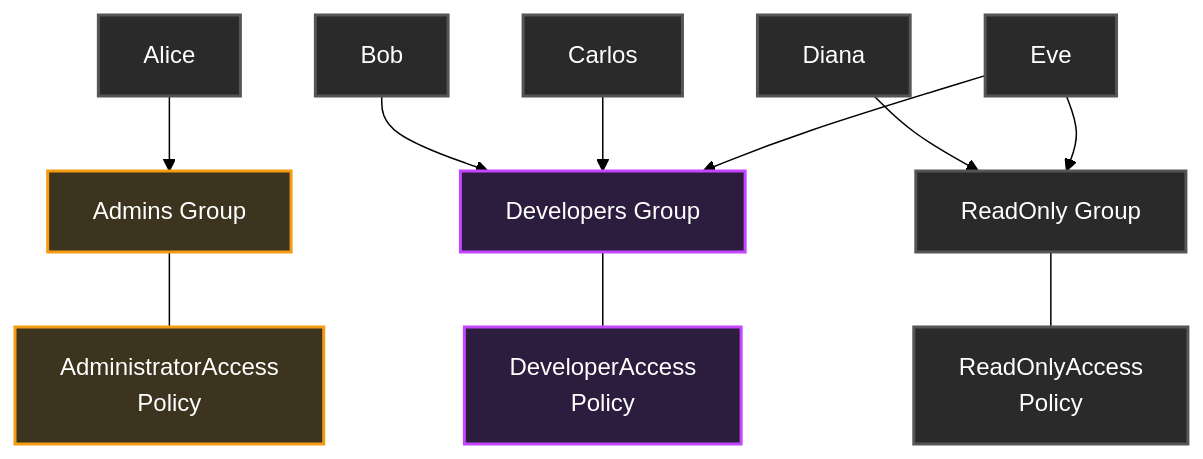
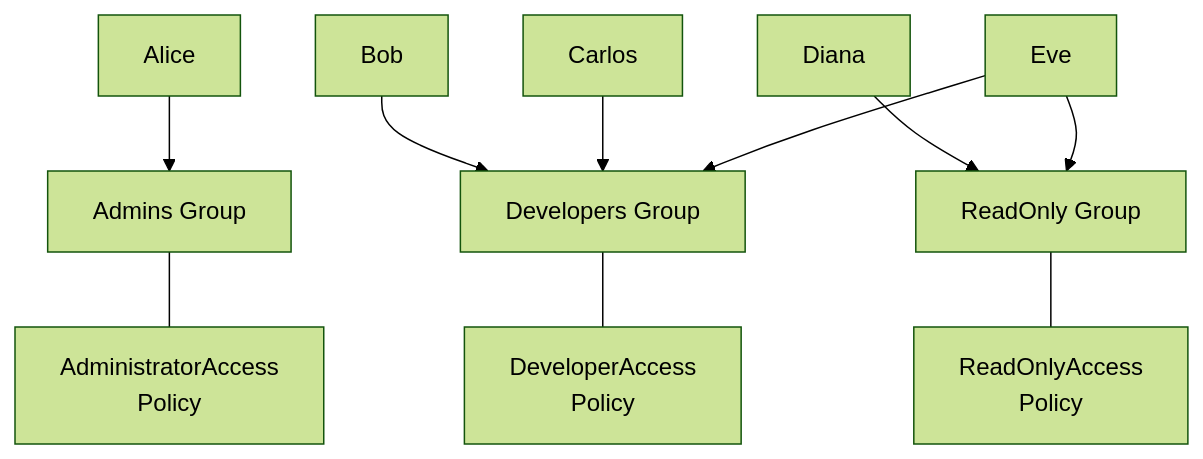
One commit to senlinyy/dev-roadmaps changed the first of 3 diagrams in cloud-providers/aws/identity-security/01-identity-security-mental-model.md. Above: the diagram before and after it, drawn with Mermaid (forest theme). The commit also changed other lines of this file and 152 other files, not shown here.

Commit message:
feat: mlops and diagrams updated

````diff
--- a/cloud-providers/aws/identity-security/01-identity-security-mental-model.md
+++ b/cloud-providers/aws/identity-security/01-identity-security-mental-model.md
@@ -74,25 +74,21 @@
 ```mermaid
 graph TB
     AdminG[Admins Group]:::security
     DevG[Developers Group]:::compute
     ReadG[ReadOnly Group]:::other
 
     AdminP[AdministratorAccess<br/>Policy]:::security
     DevP[DeveloperAccess<br/>Policy]:::compute
     ReadP[ReadOnlyAccess<br/>Policy]:::other
 
     AdminG --- AdminP
     DevG --- DevP
     ReadG --- ReadP
 
     U1[Alice]:::other --> AdminG
     U2[Bob]:::other --> DevG
     U3[Carlos]:::other --> DevG
     U4[Diana]:::other --> ReadG
     U5[Eve]:::other --> DevG
     U5 --> ReadG
-
-    classDef compute fill:#2c1d3e,stroke:#c446ff,stroke-width:2px,color:#fff
-    classDef security fill:#3c341f,stroke:#f39c12,stroke-width:2px,color:#fff
-    classDef other fill:#2a2a2a,stroke:#555,stroke-width:2px,color:#fff
 ```
````
